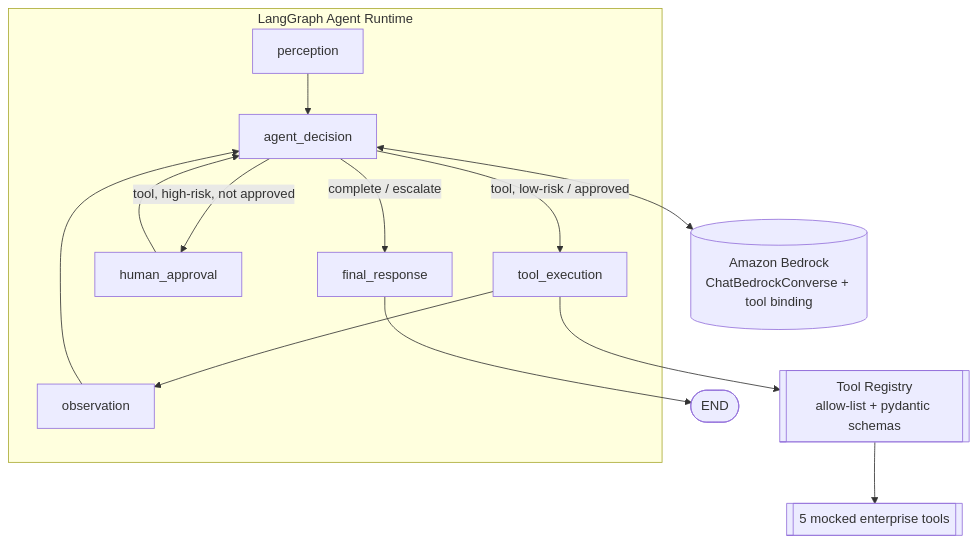
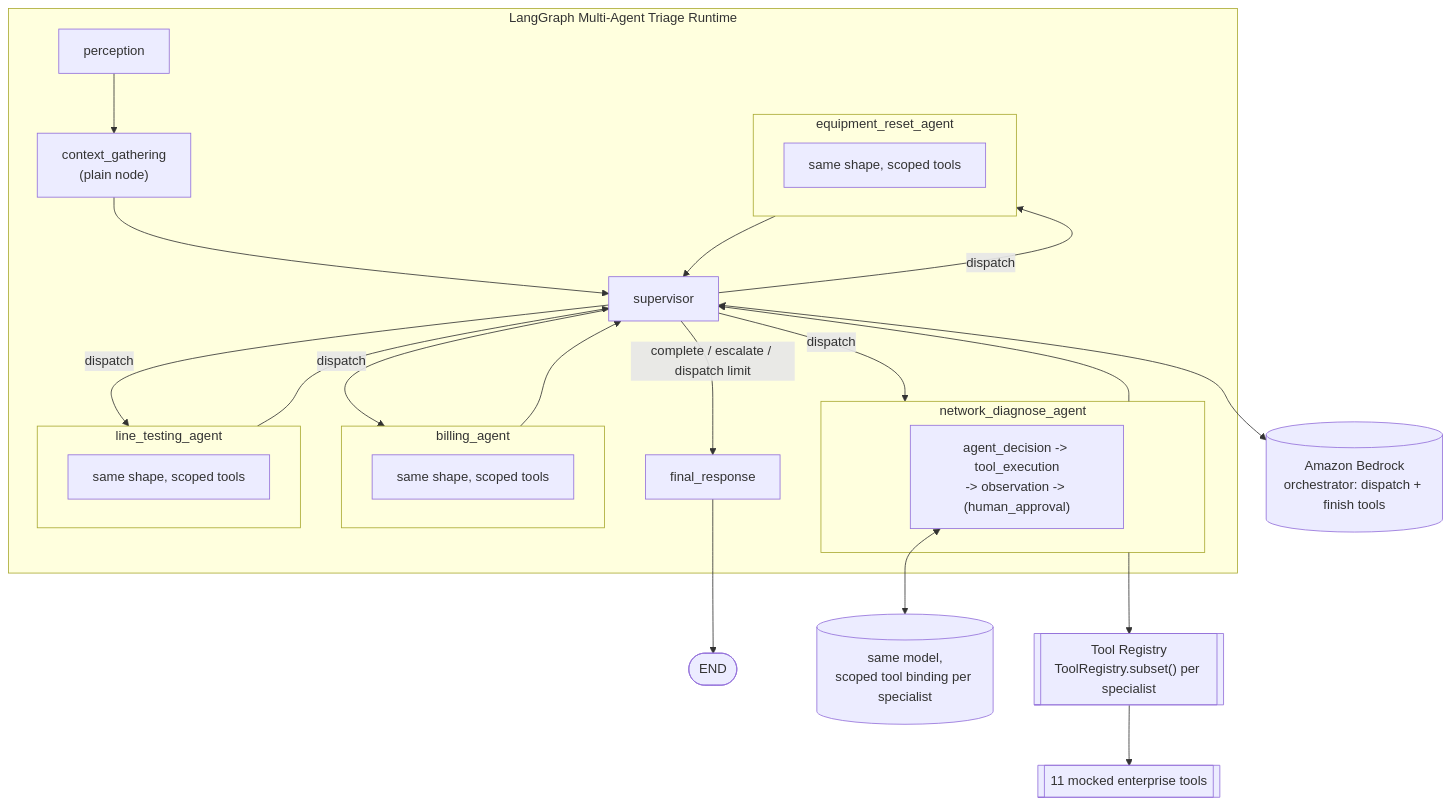
One commit to linyanqing/BroadbandServiceTriageAIAgent changed the second of 5 diagrams in docs/architecture.md. Above: the diagram before and after it, drawn with Mermaid. The commit also changed other lines of this file and 48 other files, not shown here.

````diff
--- a/docs/architecture.md
+++ b/docs/architecture.md
@@ -38,23 +38,38 @@
 ```mermaid
 flowchart TB
-    subgraph Runtime["LangGraph Agent Runtime"]
+    subgraph Runtime["LangGraph Multi-Agent Triage Runtime"]
         Perception["perception"]
-        Decision["agent_decision"]
-        ToolExec["tool_execution"]
-        Observation["observation"]
-        Approval["human_approval"]
+        Context["context_gathering<br/>(plain node)"]
+        Supervisor["supervisor"]
+        subgraph ND["network_diagnose_agent"]
+            NDLoop["agent_decision -> tool_execution<br/>-> observation -> (human_approval)"]
+        end
+        subgraph BL["billing_agent"]
+            BLLoop["same shape, scoped tools"]
+        end
+        subgraph LT["line_testing_agent"]
+            LTLoop["same shape, scoped tools"]
+        end
+        subgraph ER["equipment_reset_agent"]
+            ERLoop["same shape, scoped tools"]
+        end
         Response["final_response"]
     end
 
-    Perception --> Decision
-    Decision -->|"tool, low-risk / approved"| ToolExec
-    Decision -->|"tool, high-risk, not approved"| Approval
-    Decision -->|"complete / escalate"| Response
-    ToolExec --> Observation --> Decision
-    Approval --> Decision
+    Perception --> Context --> Supervisor
+    Supervisor -->|"dispatch"| ND
+    Supervisor -->|"dispatch"| BL
+    Supervisor -->|"dispatch"| LT
+    Supervisor -->|"dispatch"| ER
+    ND --> Supervisor
+    BL --> Supervisor
+    LT --> Supervisor
+    ER --> Supervisor
+    Supervisor -->|"complete / escalate / dispatch limit"| Response
     Response --> Done([END])
 
-    Decision <--> Bedrock[("Amazon Bedrock<br/>ChatBedrockConverse + tool binding")]
-    ToolExec --> Registry[["Tool Registry<br/>allow-list + pydantic schemas"]]
-    Registry --> Tools[["5 mocked enterprise tools"]]
+    Supervisor <--> Bedrock[("Amazon Bedrock<br/>orchestrator: dispatch + finish tools")]
+    NDLoop <--> Bedrock2[("same model,<br/>scoped tool binding per specialist")]
+    ND --> Registry[["Tool Registry<br/>ToolRegistry.subset() per specialist"]]
+    Registry --> Tools[["11 mocked enterprise tools"]]
 ```
````
